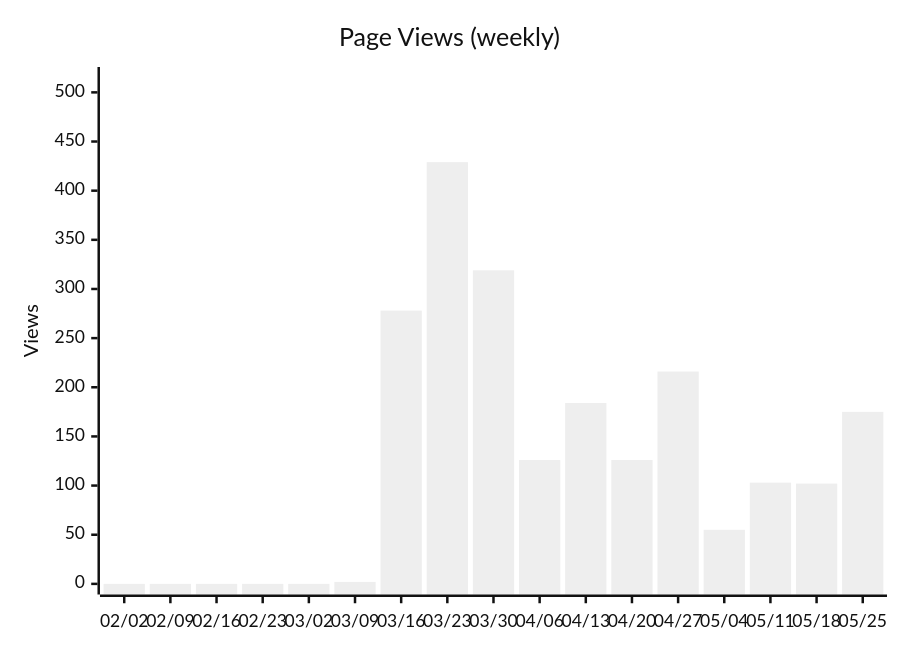
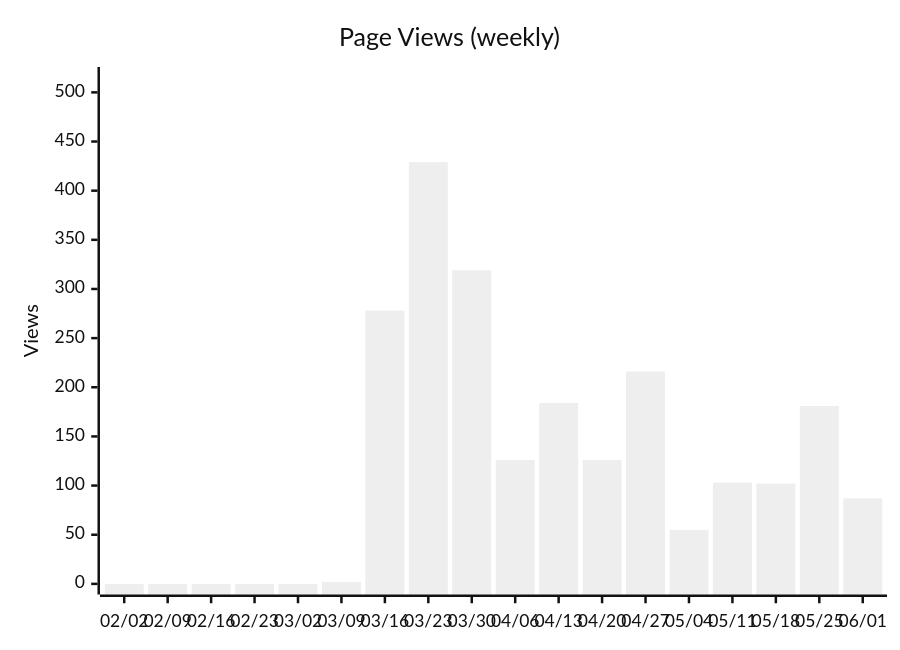
Before and after one commit to nablarch/nabledge-dev: diagram 12 of 14 in docs/metrics.md, drawn with Mermaid (neutral theme). The commit also changed other lines of this file and 2 other files, not shown here.

````diff
--- a/docs/metrics.md
+++ b/docs/metrics.md
@@ -161,7 +161,7 @@
 ```mermaid
 xychart-beta
   title "Page Views (weekly)"
-  x-axis ["02/02", "02/09", "02/16", "02/23", "03/02", "03/09", "03/16", "03/23", "03/30", "04/06", "04/13", "04/20", "04/27", "05/04", "05/11", "05/18", "05/25"]
+  x-axis ["02/02", "02/09", "02/16", "02/23", "03/02", "03/09", "03/16", "03/23", "03/30", "04/06", "04/13", "04/20", "04/27", "05/04", "05/11", "05/18", "05/25", "06/01"]
   y-axis "Views" 0 --> 515
-  bar [0, 0, 0, 0, 0, 2, 278, 429, 319, 126, 184, 126, 216, 55, 103, 102, 175]
+  bar [0, 0, 0, 0, 0, 2, 278, 429, 319, 126, 184, 126, 216, 55, 103, 102, 181, 87]
 ```
````
